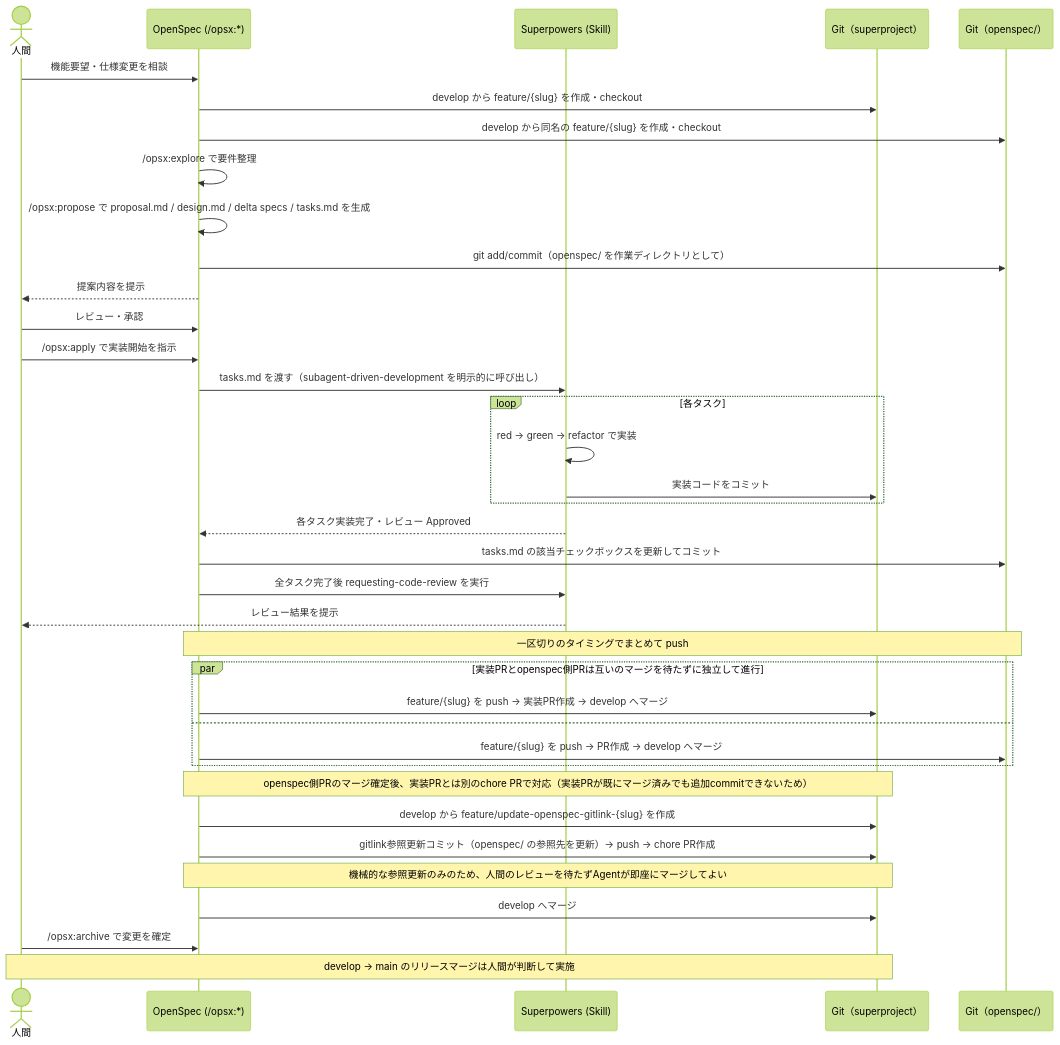
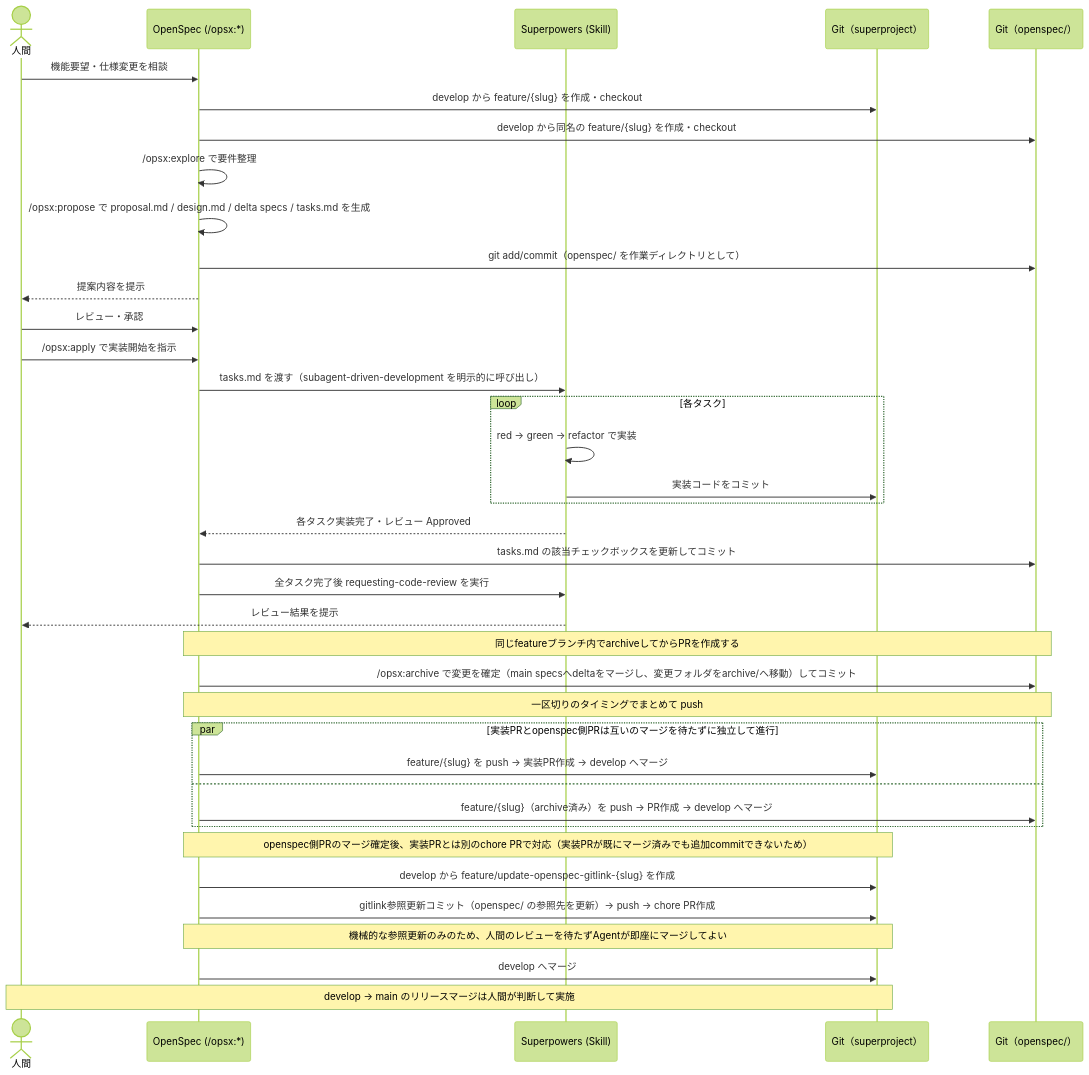
Before and after one commit to naokidotdev/poc-openspec-superpowers: the first of 2 diagrams in README.md, drawn with Mermaid (forest theme). The commit also changed 2 other files, not shown here.

Commit message:
docs: archiveをopenspec側PR作成前に行う運用に修正
/opsx:archive はopenspec/上で新たなコミットを生む操作のため、openspec側
PRのマージ後に実行するとgitlink参照更新をもう一度やり直す必要が生じる
（本ブランチでの作業中に実際に発生した）。archiveをopenspec側PR作成前・
同一feature branch内で完了させる運用に、CLAUDE.md・README.mdのmermaid図
を修正し、背景をdocs/operational-notes.mdに追記する。

````diff
--- a/README.md
+++ b/README.md
@@ -18,44 +18,46 @@
 ```mermaid
 sequenceDiagram
     actor 人間
     participant OpenSpec as OpenSpec (/opsx:*)
     participant Superpowers as Superpowers (Skill)
     participant GitSuper as Git（superproject）
     participant GitSpecs as Git（openspec/）
 
     人間->>OpenSpec: 機能要望・仕様変更を相談
     OpenSpec->>GitSuper: develop から feature/{slug} を作成・checkout
     OpenSpec->>GitSpecs: develop から同名の feature/{slug} を作成・checkout
     OpenSpec->>OpenSpec: /opsx:explore で要件整理
     OpenSpec->>OpenSpec: /opsx:propose で proposal.md / design.md / delta specs / tasks.md を生成
     OpenSpec->>GitSpecs: git add/commit（openspec/ を作業ディレクトリとして）
     OpenSpec-->>人間: 提案内容を提示
     人間->>OpenSpec: レビュー・承認
 
     人間->>OpenSpec: /opsx:apply で実装開始を指示
     OpenSpec->>Superpowers: tasks.md を渡す（subagent-driven-development を明示的に呼び出し）
     loop 各タスク
         Superpowers->>Superpowers: red → green → refactor で実装
         Superpowers->>GitSuper: 実装コードをコミット
     end
     Superpowers-->>OpenSpec: 各タスク実装完了・レビュー Approved
     OpenSpec->>GitSpecs: tasks.md の該当チェックボックスを更新してコミット
     OpenSpec->>Superpowers: 全タスク完了後 requesting-code-review を実行
     Superpowers-->>人間: レビュー結果を提示
 
+    Note over OpenSpec,GitSpecs: 同じfeatureブランチ内でarchiveしてからPRを作成する
+    OpenSpec->>GitSpecs: /opsx:archive で変更を確定（main specsへdeltaをマージし、変更フォルダをarchive/へ移動）してコミット
+
     Note over OpenSpec,GitSpecs: 一区切りのタイミングでまとめて push
     par 実装PRとopenspec側PRは互いのマージを待たずに独立して進行
         OpenSpec->>GitSuper: feature/{slug} を push → 実装PR作成 → develop へマージ
     and
-        OpenSpec->>GitSpecs: feature/{slug} を push → PR作成 → develop へマージ
+        OpenSpec->>GitSpecs: feature/{slug}（archive済み）を push → PR作成 → develop へマージ
     end
 
     Note over OpenSpec,GitSuper: openspec側PRのマージ確定後、実装PRとは別のchore PRで対応（実装PRが既にマージ済みでも追加commitできないため）
     OpenSpec->>GitSuper: develop から feature/update-openspec-gitlink-{slug} を作成
     OpenSpec->>GitSuper: gitlink参照更新コミット（openspec/ の参照先を更新）→ push → chore PR作成
     Note over OpenSpec,GitSuper: 機械的な参照更新のみのため、人間のレビューを待たずAgentが即座にマージしてよい
     OpenSpec->>GitSuper: develop へマージ
-    人間->>OpenSpec: /opsx:archive で変更を確定
 
     Note over 人間,GitSuper: develop → main のリリースマージは人間が判断して実施
 ```
````
